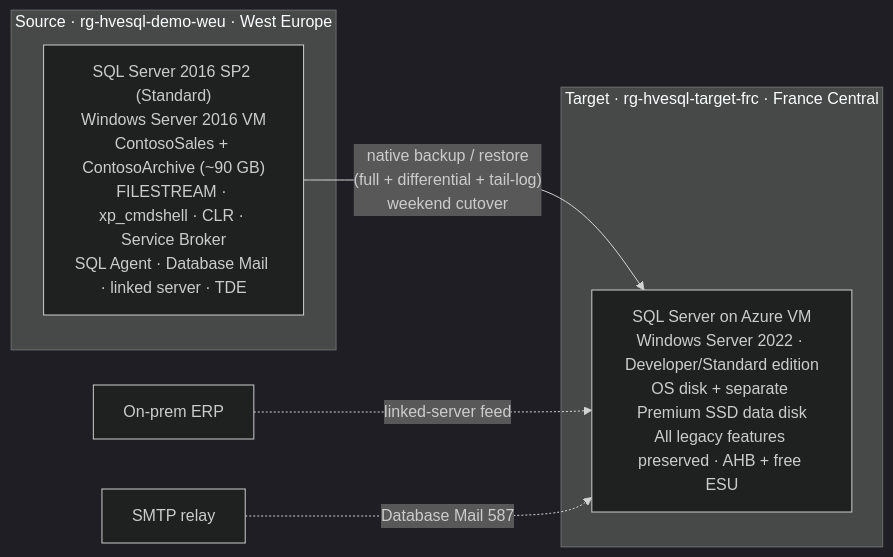
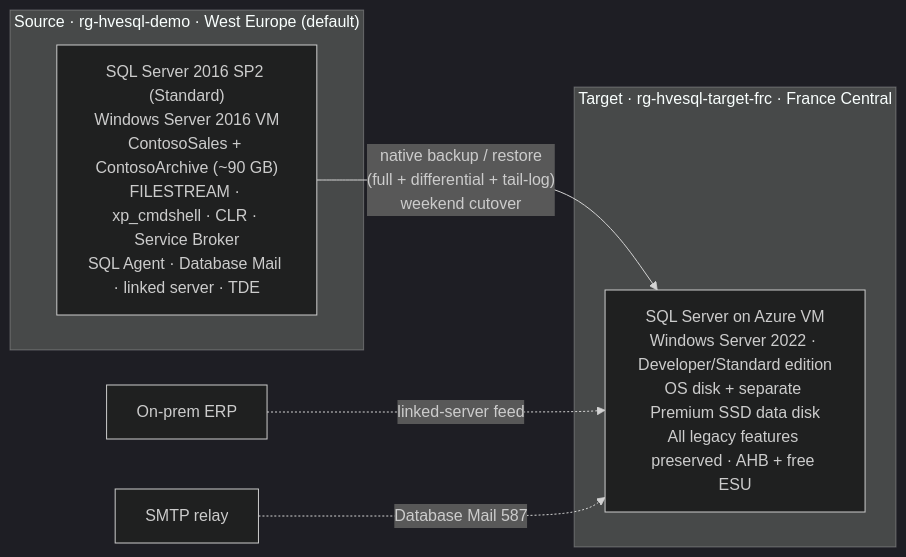
Before and after one commit to fredgis/FY27SQLMotion: the diagram in lab/docs/04-lab-vm-to-vm.md, drawn with Mermaid (dark theme). The commit also changed other lines of this file and 2 other files, not shown here.

First line of the commit message:
docs(lab): decouple source RG name from region + add a capacity note

````diff
--- a/lab/docs/04-lab-vm-to-vm.md
+++ b/lab/docs/04-lab-vm-to-vm.md
@@ -52,12 +52,12 @@
 ```mermaid
 flowchart LR
-    subgraph SRC["Source · rg-hvesql-demo-weu · West Europe"]
+    subgraph SRC["Source · rg-hvesql-demo · West Europe (default)"]
         SVM["SQL Server 2016 SP2 (Standard)\nWindows Server 2016 VM\nContosoSales + ContosoArchive (~90 GB)\nFILESTREAM · xp_cmdshell · CLR · Service Broker\nSQL Agent · Database Mail · linked server · TDE"]
     end
     subgraph TGT["Target · rg-hvesql-target-frc · France Central"]
         TVM["SQL Server on Azure VM\nWindows Server 2022 · Developer/Standard edition\nOS disk + separate Premium SSD data disk\nAll legacy features preserved · AHB + free ESU"]
     end
     SVM -->|"native backup / restore\n(full + differential + tail-log)\nweekend cutover"| TVM
     ERP["On-prem ERP"] -.->|"linked-server feed"| TVM
     SMTP["SMTP relay"] -.->|"Database Mail 587"| TVM
 ```
````
